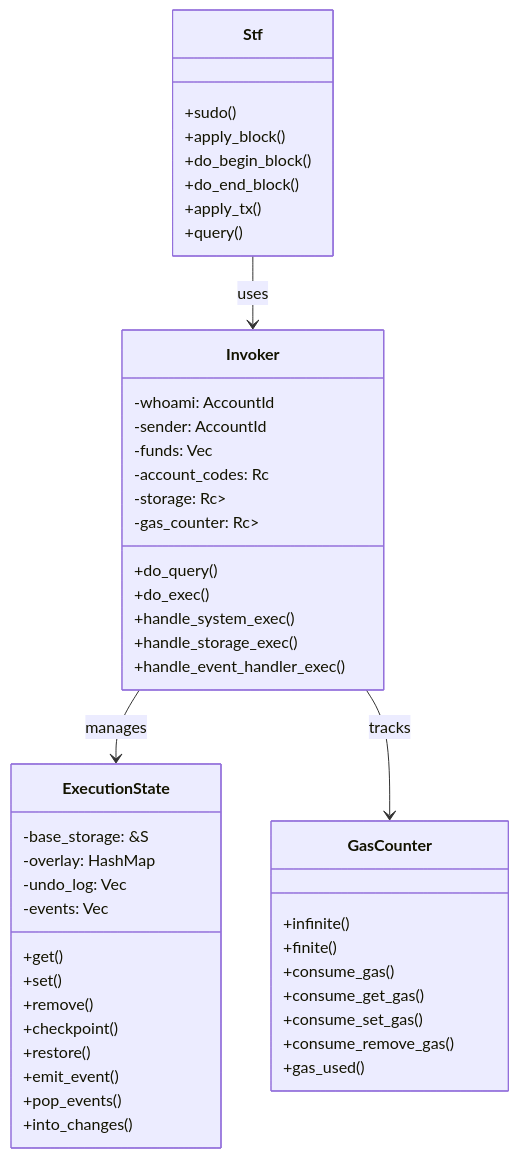
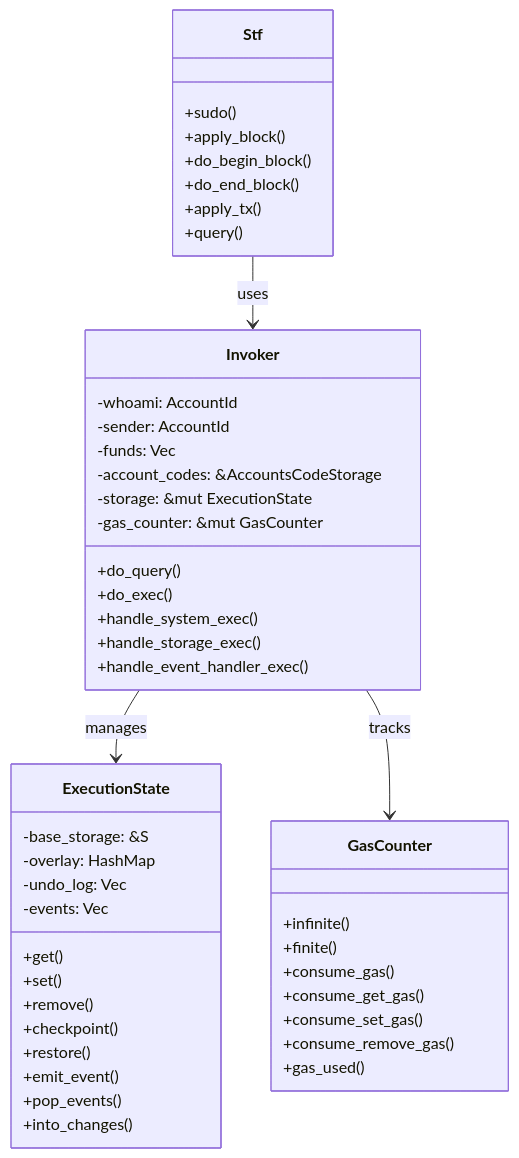
One commit to evstack/ev-rs changed the first of 9 diagrams in crates/app/stf/README.md. Above: the diagram before and after it, drawn with Mermaid. The commit also changed other lines of this file and 58 other files, not shown here.

````diff
--- a/crates/app/stf/README.md
+++ b/crates/app/stf/README.md
@@ -22,54 +23,54 @@
 ```mermaid
 classDiagram
     class Stf {
         +sudo()
         +apply_block()
         +do_begin_block()
         +do_end_block()
         +apply_tx()
         +query()
     }
 
     class Invoker {
         -whoami: AccountId
         -sender: AccountId
         -funds: Vec<FungibleAsset>
-        -account_codes: Rc<RefCell>
-        -storage: Rc<RefCell<ExecutionState>>
-        -gas_counter: Rc<RefCell<GasCounter>>
+        -account_codes: &AccountsCodeStorage
+        -storage: &mut ExecutionState
+        -gas_counter: &mut GasCounter
         +do_query()
         +do_exec()
         +handle_system_exec()
         +handle_storage_exec()
         +handle_event_handler_exec()
     }
 
     class ExecutionState {
         -base_storage: &S
         -overlay: HashMap
         -undo_log: Vec<StateChange>
         -events: Vec<Event>
         +get()
         +set()
         +remove()
         +checkpoint()
         +restore()
         +emit_event()
         +pop_events()
         +into_changes()
     }
 
     class GasCounter {
         +infinite()
         +finite()
         +consume_gas()
         +consume_get_gas()
         +consume_set_gas()
         +consume_remove_gas()
         +gas_used()
     }
 
     Stf --> Invoker: uses
     Invoker --> ExecutionState: manages
     Invoker --> GasCounter: tracks
 ```
````
